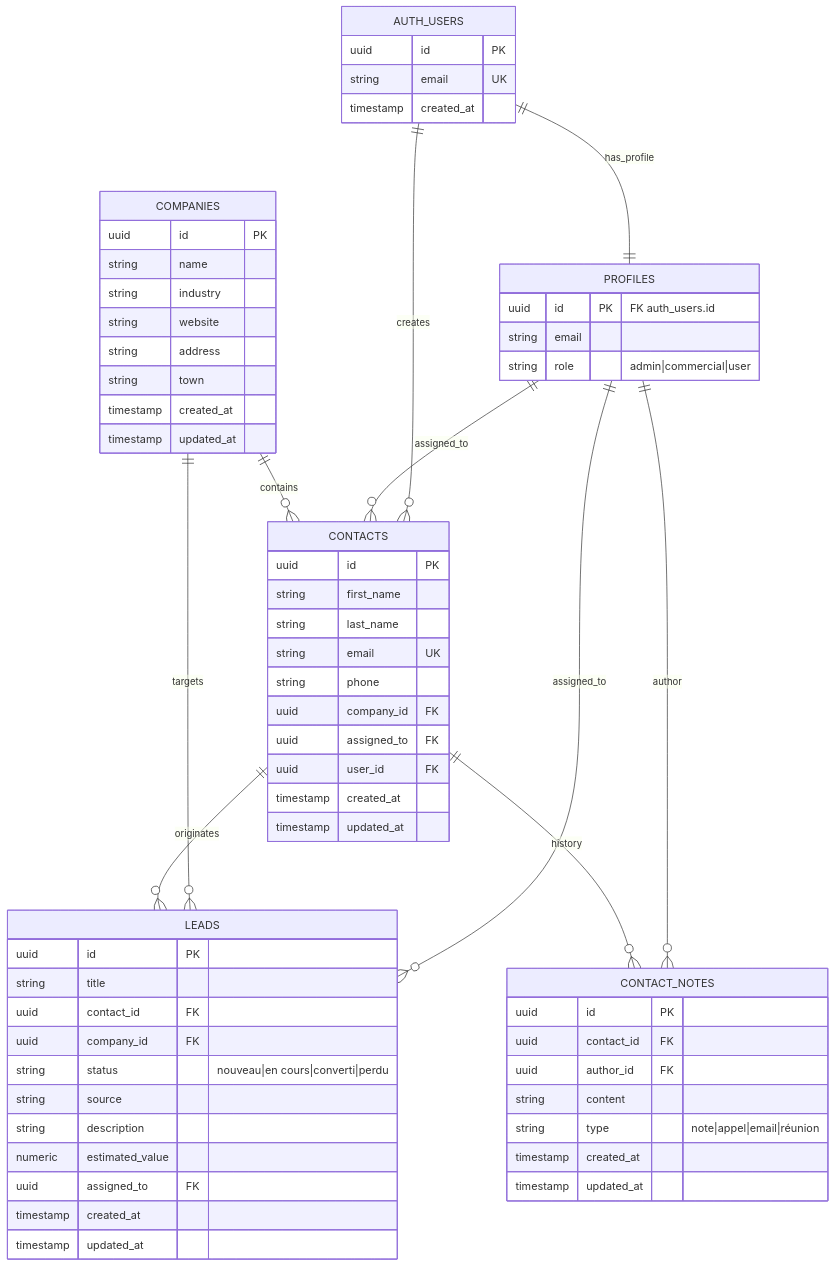
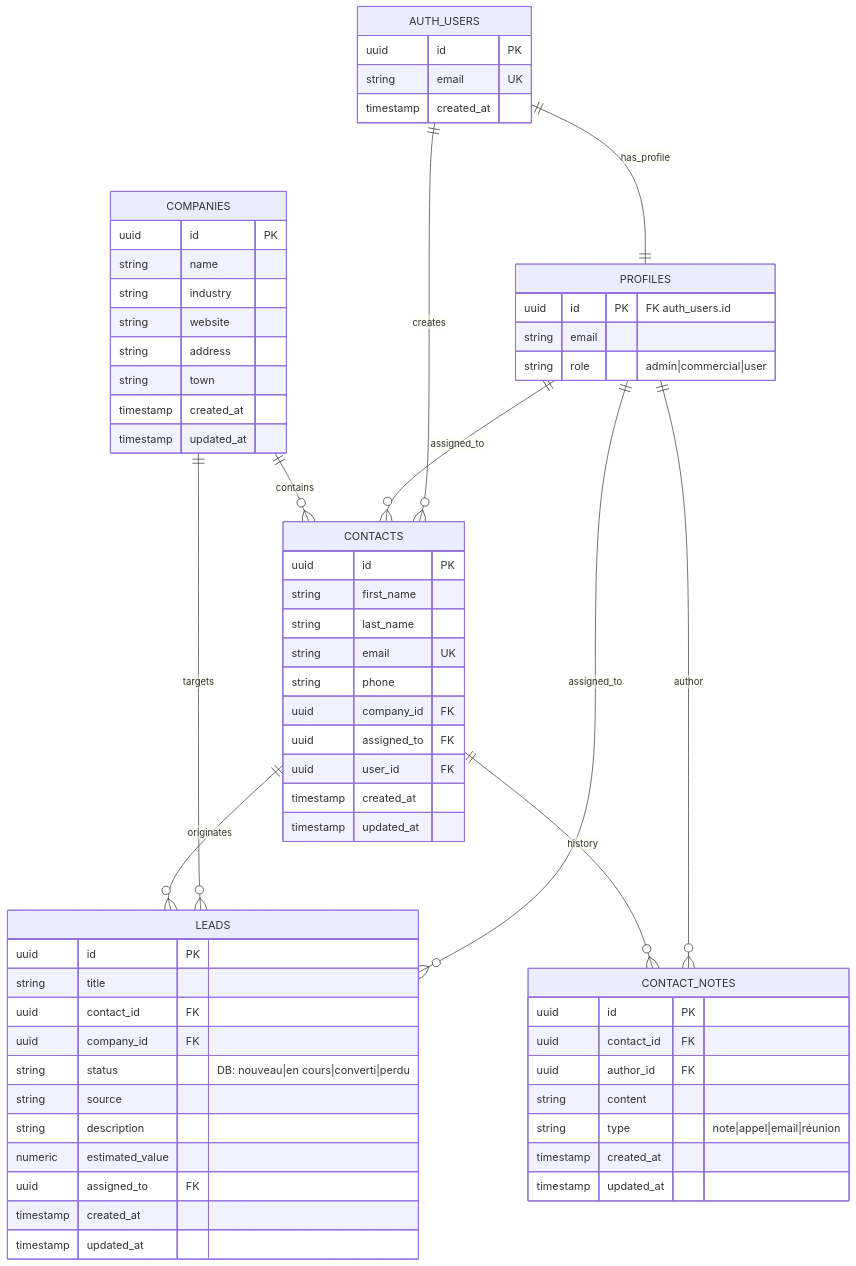
The diagram in doc/ER_DIAGRAM.md (lea-mougel/Projet_CRM), drawn with Mermaid before and after one commit. The commit also changed other lines of this file and 3 other files, not shown here.

````diff
--- a/doc/ER_DIAGRAM.md
+++ b/doc/ER_DIAGRAM.md
@@ -3,75 +3,75 @@
 ```mermaid
 erDiagram
     AUTH_USERS ||--|| PROFILES : "has_profile"
     AUTH_USERS ||--o{ CONTACTS : "creates"
 
     PROFILES ||--o{ CONTACTS : "assigned_to"
     PROFILES ||--o{ LEADS : "assigned_to"
     PROFILES ||--o{ CONTACT_NOTES : "author"
 
     COMPANIES ||--o{ CONTACTS : "contains"
     COMPANIES ||--o{ LEADS : "targets"
 
     CONTACTS ||--o{ LEADS : "originates"
     CONTACTS ||--o{ CONTACT_NOTES : "history"
 
     AUTH_USERS {
         uuid id PK
         string email UK
         timestamp created_at
     }
 
     PROFILES {
         uuid id PK "FK auth_users.id"
         string email
         string role "admin|commercial|user"
     }
 
     COMPANIES {
         uuid id PK
         string name
         string industry
         string website
         string address
         string town
         timestamp created_at
         timestamp updated_at
     }
 
     CONTACTS {
         uuid id PK
         string first_name
         string last_name
         string email UK
         string phone
         uuid company_id FK
         uuid assigned_to FK
         uuid user_id FK
         timestamp created_at
         timestamp updated_at
     }
 
     LEADS {
         uuid id PK
         string title
         uuid contact_id FK
         uuid company_id FK
-        string status "nouveau|en cours|converti|perdu"
+        string status "DB: nouveau|en cours|converti|perdu"
         string source
         string description
         numeric estimated_value
         uuid assigned_to FK
         timestamp created_at
         timestamp updated_at
     }
 
     CONTACT_NOTES {
         uuid id PK
         uuid contact_id FK
         uuid author_id FK
         string content
         string type "note|appel|email|réunion"
         timestamp created_at
         timestamp updated_at
     }
 ```
````
